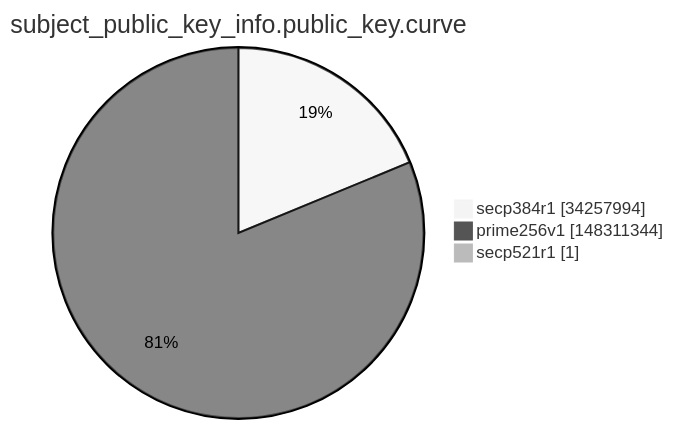
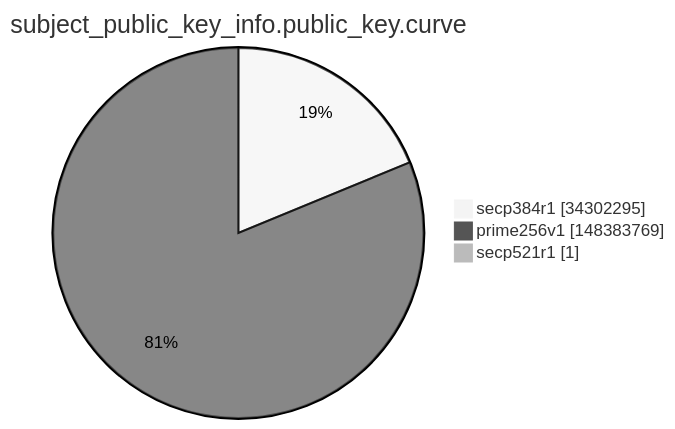
The ninth of 15 diagrams in argon2022/README.md (christiankrug/ctmonitor_visualization), drawn with Mermaid (neutral theme) before and after one commit. The commit also changed other lines of this file, not shown here.

````diff
--- a/argon2022/README.md
+++ b/argon2022/README.md
@@ -2764,7 +2764,7 @@
 ```mermaid
 pie showData
 title subject_public_key_info.public_key.curve
-"secp384r1" :34257994
-"prime256v1" :148311344
+"secp384r1" :34302295
+"prime256v1" :148383769
 "secp521r1" :1
 ```
````
